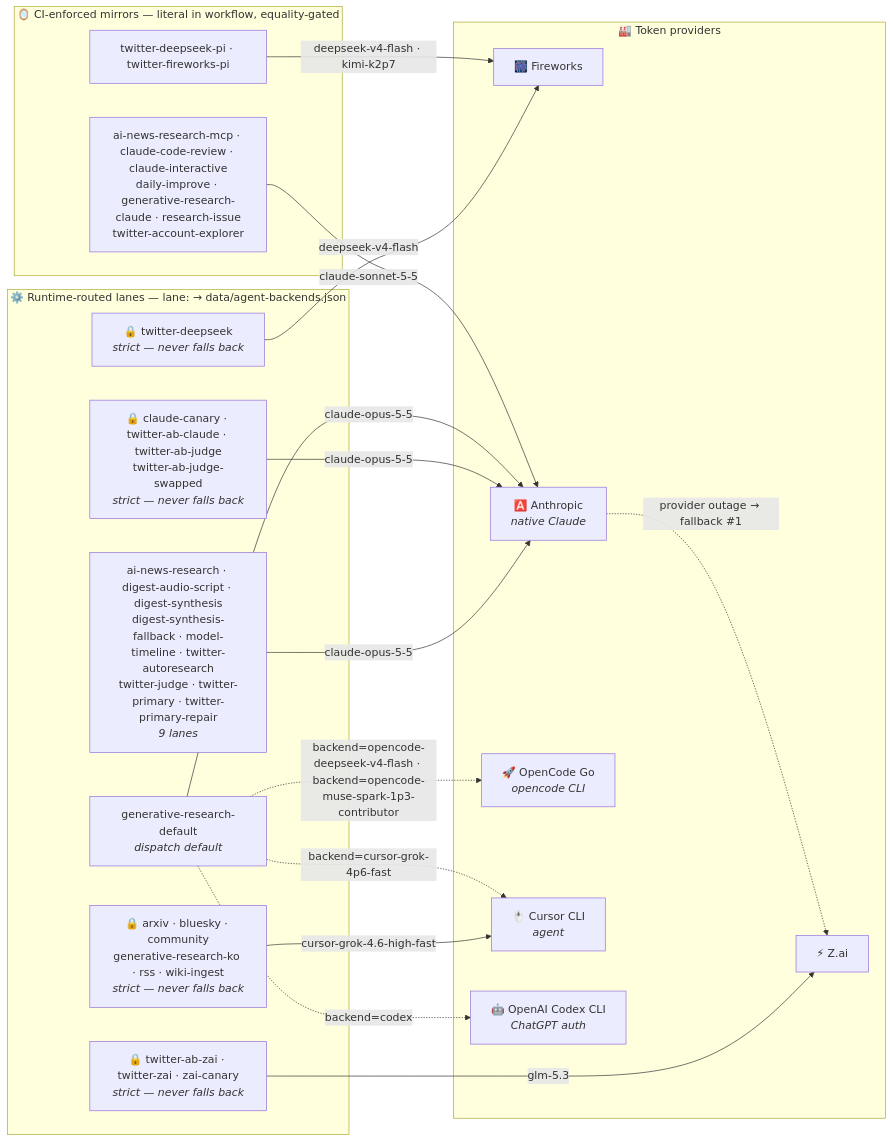
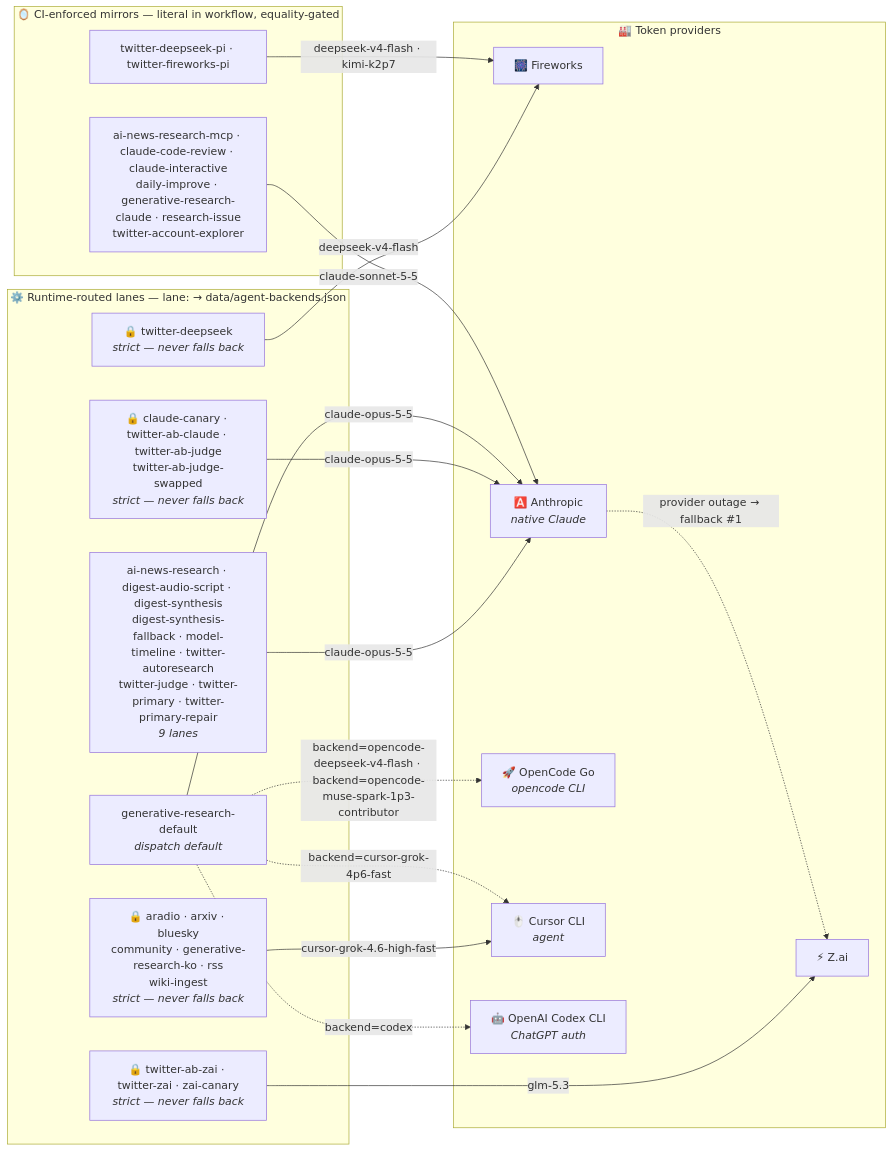
Before and after one commit to guzus/ai-research-arm: the second of 2 diagrams in README.md, drawn with Mermaid. The commit also changed 9 other files, not shown here.

````diff
--- a/README.md
+++ b/README.md
@@ -155,35 +155,35 @@
 ```mermaid
 flowchart LR
     subgraph runtime["⚙️ Runtime-routed lanes — lane: → data/agent-backends.json"]
         lanes0["ai-news-research · digest-audio-script · digest-synthesis<br/>digest-synthesis-fallback · model-timeline · twitter-autoresearch<br/>twitter-judge · twitter-primary · twitter-primary-repair<br/><i>9 lanes</i>"]
         strict0["🔒 claude-canary · twitter-ab-claude · twitter-ab-judge<br/>twitter-ab-judge-swapped<br/><i>strict — never falls back</i>"]
-        strict1["🔒 arxiv · bluesky · community<br/>generative-research-ko · rss · wiki-ingest<br/><i>strict — never falls back</i>"]
+        strict1["🔒 aradio · arxiv · bluesky<br/>community · generative-research-ko · rss<br/>wiki-ingest<br/><i>strict — never falls back</i>"]
         strict2["🔒 twitter-deepseek<br/><i>strict — never falls back</i>"]
         strict3["🔒 twitter-ab-zai · twitter-zai · zai-canary<br/><i>strict — never falls back</i>"]
         gendef["generative-research-default<br/><i>dispatch default</i>"]
     end
     subgraph mirrors["🪞 CI-enforced mirrors — literal in workflow, equality-gated"]
         pi["twitter-deepseek-pi · twitter-fireworks-pi"]
         native["ai-news-research-mcp · claude-code-review · claude-interactive<br/>daily-improve · generative-research-claude · research-issue<br/>twitter-account-explorer"]
     end
     subgraph providers["🏭 Token providers"]
         FW["🎆 Fireworks"]
         ZAI["⚡ Z.ai"]
         ANT["🅰️ Anthropic<br/><i>native Claude</i>"]
         OC["🚀 OpenCode Go<br/><i>opencode CLI</i>"]
         CUR["🖱️ Cursor CLI<br/><i>agent</i>"]
         OAI["🤖 OpenAI Codex CLI<br/><i>ChatGPT auth</i>"]
     end
     lanes0 -->|"claude-opus-5-5"| ANT
     strict0 -->|"claude-opus-5-5"| ANT
     strict1 -->|"cursor-grok-4.6-high-fast"| CUR
     strict2 -->|"deepseek-v4-flash"| FW
     strict3 -->|"glm-5.3"| ZAI
     gendef -->|"claude-opus-5-5"| ANT
     pi -->|"deepseek-v4-flash · kimi-k2p7"| FW
     native -->|"claude-sonnet-5-5"| ANT
     gendef -.->|"backend=codex"| OAI
     gendef -.->|"backend=opencode-deepseek-v4-flash · backend=opencode-muse-spark-1p3-contributor"| OC
     gendef -.->|"backend=cursor-grok-4p6-fast"| CUR
     ANT -. "provider outage → fallback #1" .-> ZAI
 ```
````
